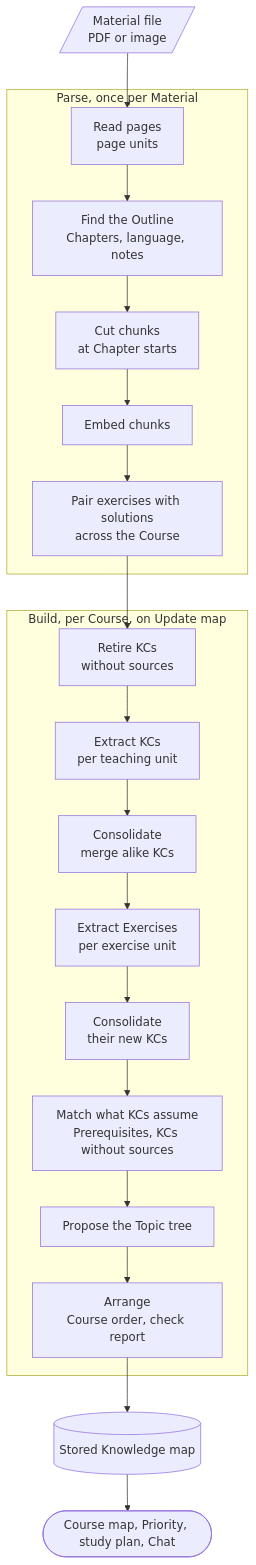
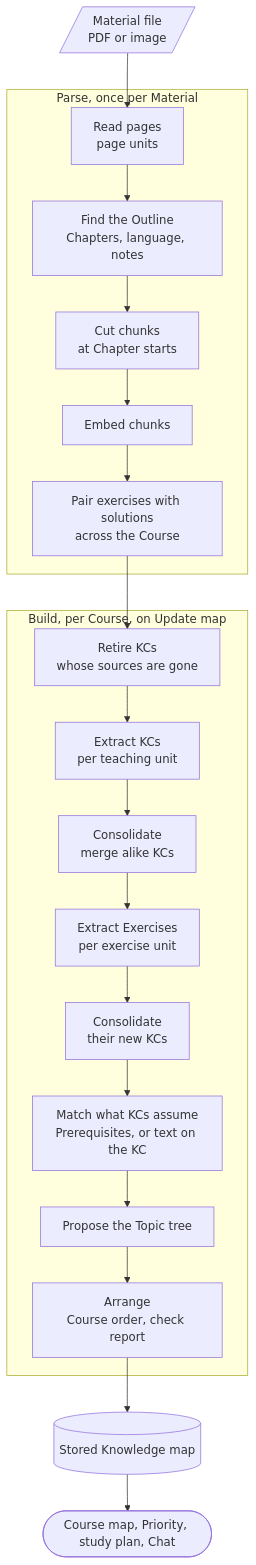
One commit to 69420pm/project-mastery changed the first of 2 diagrams in docs/features/knowledge-map.md. Above: the diagram before and after it, drawn with Mermaid. The commit also changed other lines of this file and 331 other files, not shown here.

````diff
--- a/docs/features/knowledge-map.md
+++ b/docs/features/knowledge-map.md
@@ -16,30 +16,30 @@
 ```mermaid
 flowchart TD
   file[/"Material file<br/>PDF or image"/]
 
   subgraph parse ["Parse, once per Material"]
     pages["Read pages<br/>page units"]
     outline["Find the Outline<br/>Chapters, language, notes"]
     chunks["Cut chunks<br/>at Chapter starts"]
     embed["Embed chunks"]
     pair["Pair exercises with solutions<br/>across the Course"]
     pages --> outline --> chunks --> embed --> pair
   end
 
   subgraph build ["Build, per Course, on Update map"]
-    retire["Retire KCs<br/>without sources"]
+    retire["Retire KCs<br/>whose sources are gone"]
     extract["Extract KCs<br/>per teaching unit"]
     merge1["Consolidate<br/>merge alike KCs"]
     exercises["Extract Exercises<br/>per exercise unit"]
     merge2["Consolidate<br/>their new KCs"]
-    assume["Match what KCs assume<br/>Prerequisites, KCs without sources"]
+    assume["Match what KCs assume<br/>Prerequisites, or text on the KC"]
     tree["Propose the Topic tree"]
     arrange["Arrange<br/>Course order, check report"]
     retire --> extract --> merge1 --> exercises --> merge2 --> assume --> tree --> arrange
   end
 
   file --> pages
   pair --> retire
   arrange --> map[("Stored Knowledge map")]
   map --> tutoring(["Course map, Priority, study plan, Chat"])
 ```
````
